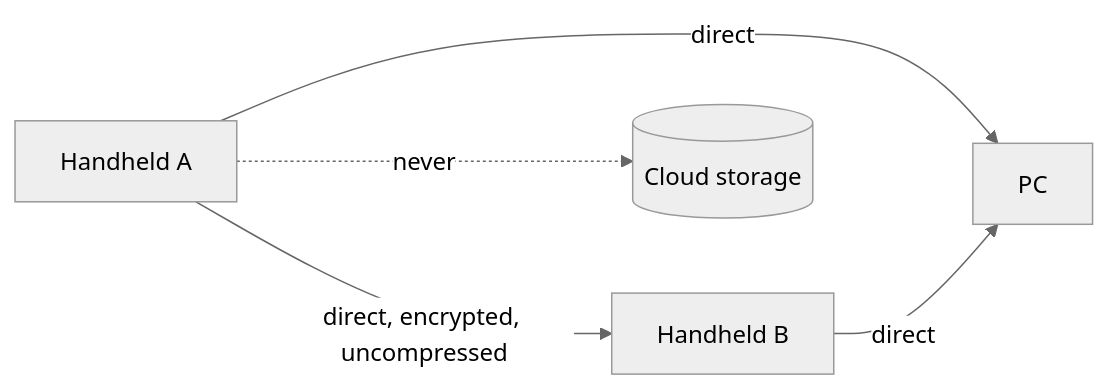
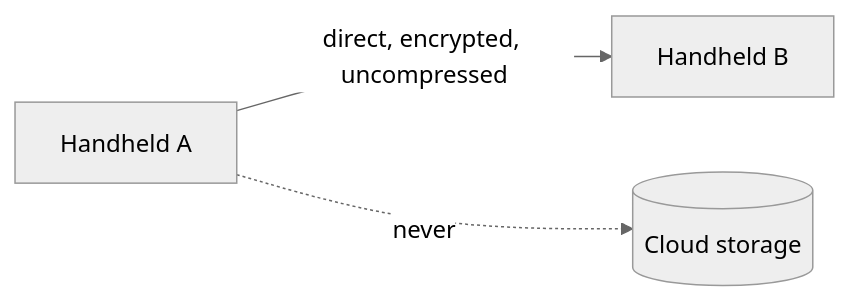
One commit to breakmylegs/haversack changed the diagram in docs/user/replication.md. Above: the diagram before and after it, drawn with Mermaid (neutral theme). The commit also changed other lines of this file and 350 other files, not shown here.

````diff
--- a/docs/user/replication.md
+++ b/docs/user/replication.md
@@ -5,7 +5,5 @@
 ```mermaid
 flowchart LR
     A[Handheld A] -- "direct, encrypted, uncompressed" --> B[Handheld B]
-    A -- "direct" --> P[PC]
-    B -- "direct" --> P
     A -. "never" .-> C[(Cloud storage)]
 ```
````
